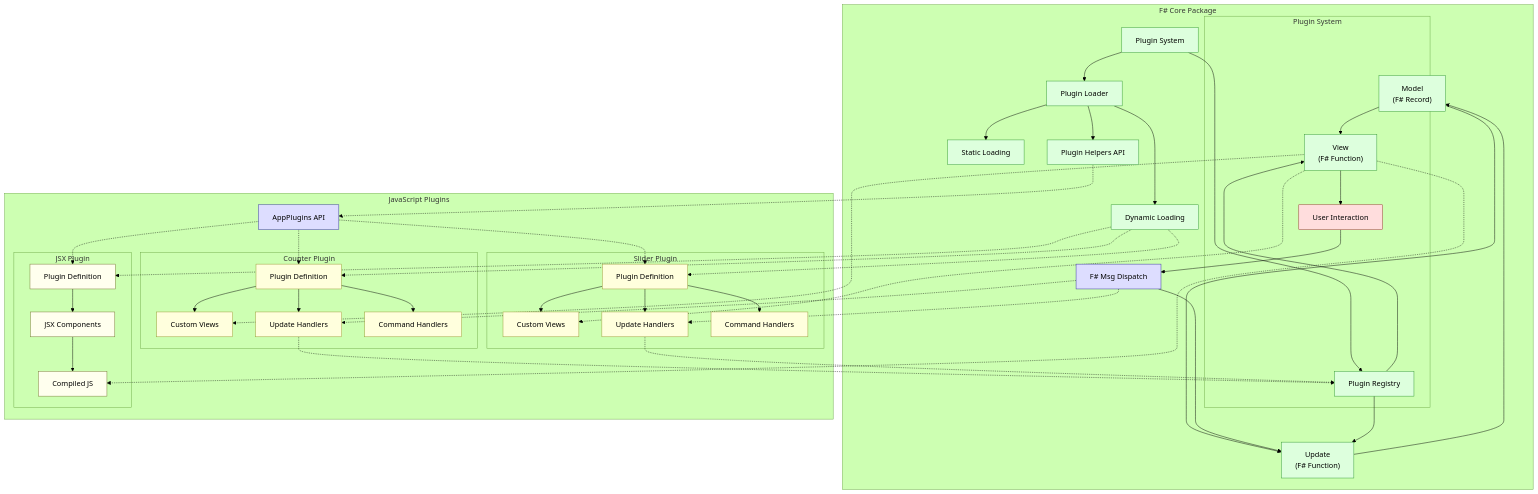
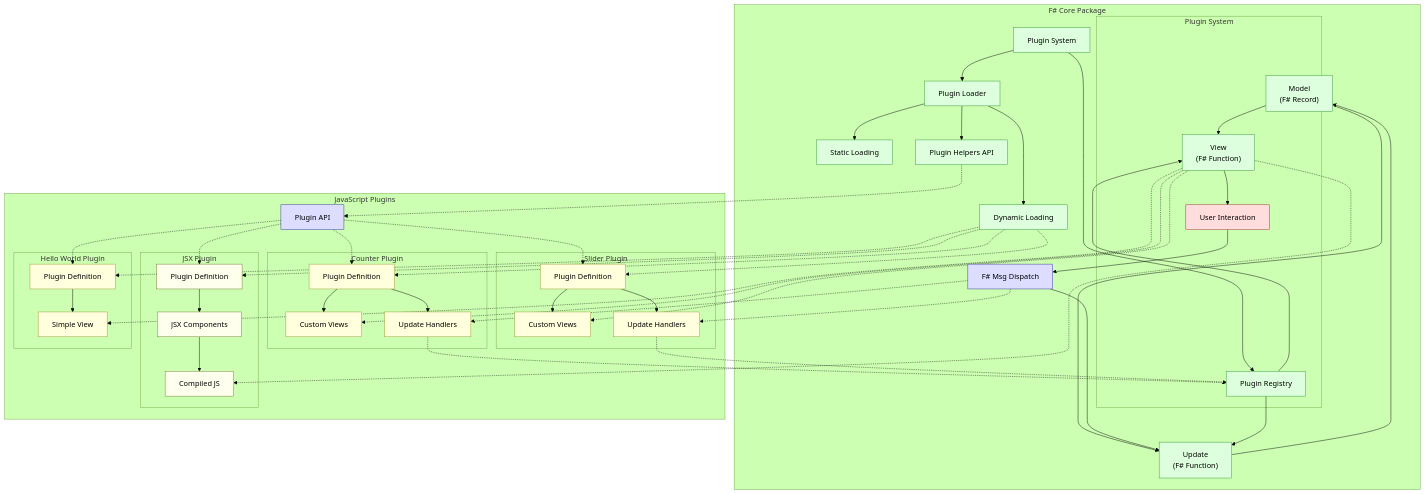
One commit to akiramei/ElmishApp changed the diagram in README.md. Above: the diagram before and after it, drawn with Mermaid (forest theme). The commit also changed other lines of this file and 9 other files, not shown here.

````diff
--- a/README.md
+++ b/README.md
@@ -268,72 +332,78 @@
 ```mermaid
 flowchart TD
     subgraph "F# Core Package"
         Model["Model\n(F# Record)"] --> Update["Update\n(F# Function)"]
         Update --> Model
         Model --> View["View\n(F# Function)"]
         View --> UserInteraction["User Interaction"]
         UserInteraction --> Dispatch["F# Msg Dispatch"]
         Dispatch --> Update
         
         subgraph "Plugin System"
             PS["Plugin System"] --> PL["Plugin Loader"]
             PS --> PR["Plugin Registry"]
             PL --> DL["Dynamic Loading"]
             PL --> SL["Static Loading"]
             PL --> PH["Plugin Helpers API"]
         end
         
         PR --> Update
         PR --> View
     end
     
     subgraph "JavaScript Plugins"
-        PA["AppPlugins API"]
+        PA["Plugin API"]
         
         subgraph "Counter Plugin"
             CPD["Plugin Definition"] --> CPV["Custom Views"]
             CPD --> CPU["Update Handlers"]
-            CPD --> CPC["Command Handlers"]
         end
         
         subgraph "Slider Plugin"
             SPD["Plugin Definition"] --> SPV["Custom Views"]
             SPD --> SPU["Update Handlers"]
-            SPD --> SPC["Command Handlers"]
         end
         
         subgraph "JSX Plugin"
             JPD["Plugin Definition"] --> JPV["JSX Components"]
             JPV --> JPC["Compiled JS"]
+        end
+        
+        subgraph "Hello World Plugin"
+            HWP["Plugin Definition"] --> HWV["Simple View"]
         end
     end
     
     PH -.-> PA
     PA -.-> CPD
     PA -.-> SPD
     PA -.-> JPD
+    PA -.-> HWP
     DL -.-> CPD
     DL -.-> SPD
     DL -.-> JPD
+    DL -.-> HWP
     View -.-> CPV
     View -.-> SPV
     View -.-> JPC
+    View -.-> HWV
     Dispatch -.-> CPU
     Dispatch -.-> SPU
     CPU -.-> PR
     SPU -.-> PR
     
     classDef core fill:#dfd,stroke:#393
     classDef plugin fill:#ddf,stroke:#339
     classDef jsPlugin fill:#ffd,stroke:#993
     classDef jsxPlugin fill:#ffe,stroke:#773
     classDef interaction fill:#fdd,stroke:#933
     
     class Model,Update,View,PS,PL,PR,DL,SL,PH core
-    class CPD,CPV,CPU,CPC jsPlugin
-    class SPD,SPV,SPU,SPC jsPlugin
+    class CPD,CPV,CPU jsPlugin
+    class SPD,SPV,SPU jsPlugin
     class JPD,JPV,JPC jsxPlugin
+    class HWP,HWV jsPlugin
     class UserInteraction interaction
     class Dispatch plugin
     class PA plugin
 ```
````
